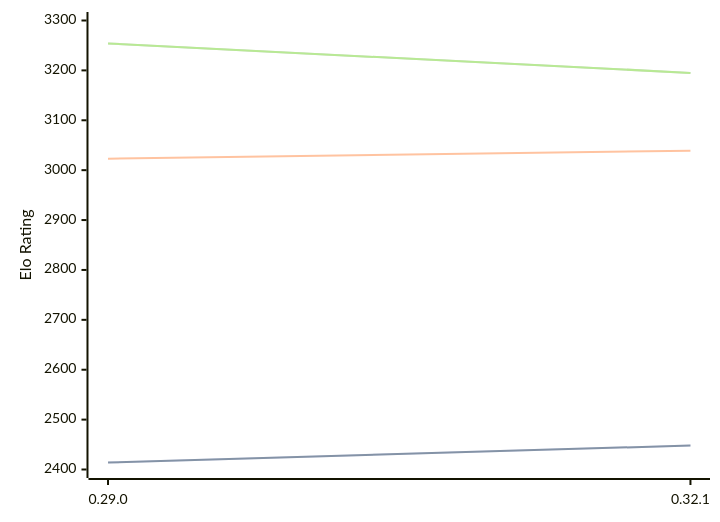
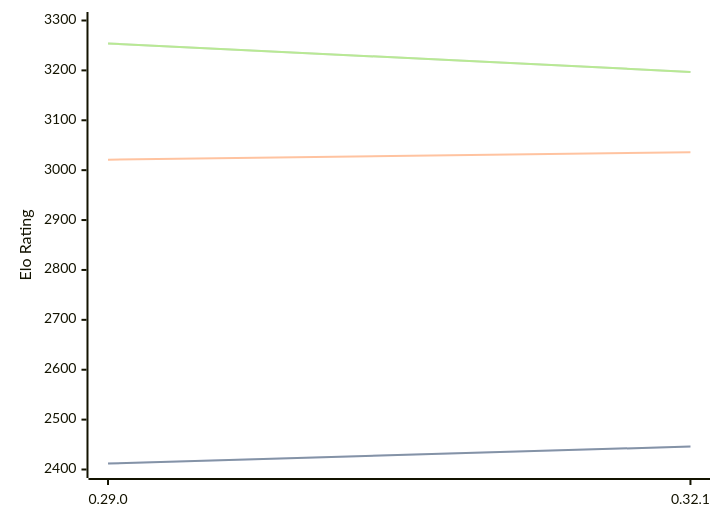
One commit to computer-chess-index/cci changed the diagram in engines/Lc0.md. Above: the diagram before and after it, drawn with Mermaid. The commit also changed other lines of this file, not shown here.

Commit message:
Update CCI Ratings (ELO VLTC) - 2026-03-23

````diff
--- a/engines/Lc0.md
+++ b/engines/Lc0.md
@@ -68,11 +68,11 @@
 ```mermaid
 %%{init: {"theme":"base","themeVariables":{"seriesColors:['#a3a3a3','#222221','#faa371']}}}%%
 xychart-beta
   x-axis ["0.29.0", "0.32.1"]
   y-axis "Elo Rating" 2400 --> 3300
-  line "STC (8.0+0.08s)" [2414, 2448]
-  line "STC (8.0+0.08s)" [2414, 2448]
-  line "LTC (60.0+0.60s)" [3023, 3039]
-  line "VLTC (2m24s+1.12s)" [3254, 3195]
-  line "VLTC (2m24s+1.12s)" [3254, 3195]
+  line "STC (8.0+0.08s)" [2412, 2446]
+  line "STC (8.0+0.08s)" [2412, 2446]
+  line "LTC (60.0+0.60s)" [3021, 3036]
+  line "VLTC (2m24s+1.12s)" [3254, 3197]
+  line "VLTC (2m24s+1.12s)" [3254, 3197]
 ```
````
